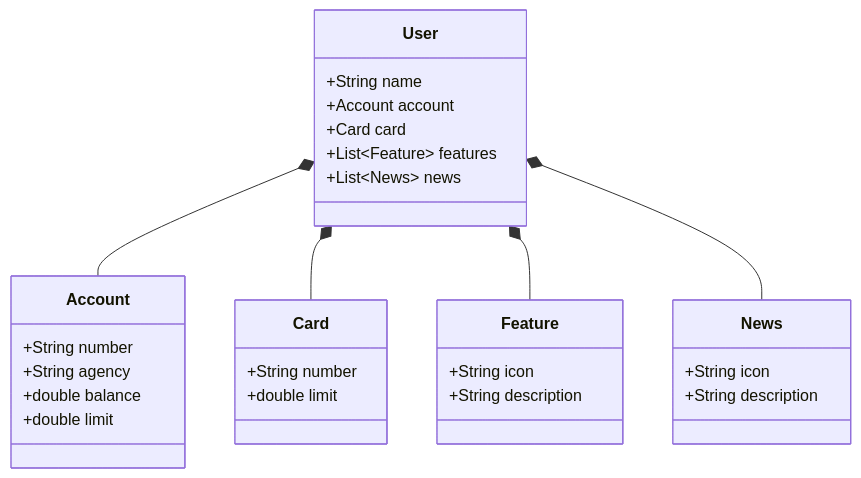
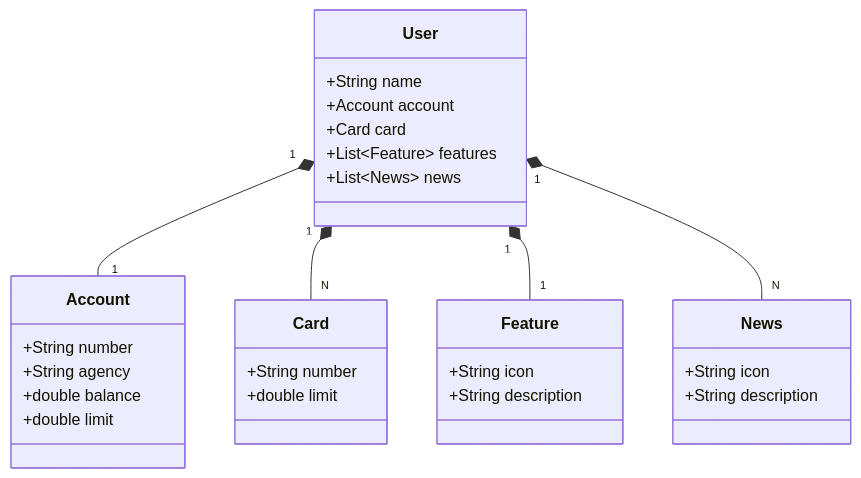
The diagram in README.md (avitorvilela/application), drawn with Mermaid before and after one commit.

````diff
--- a/README.md
+++ b/README.md
@@ -6,37 +6,37 @@
 ```mermaid
 classDiagram
     class User {
         +String name
         +Account account
         +Card card
         +List~Feature~ features
         +List~News~ news
     }
 
     class Account {
         +String number
         +String agency
         +double balance
         +double limit
     }
 
     class Card {
         +String number
         +double limit
     }
 
     class Feature {
         +String icon
         +String description
     }
 
     class News {
         +String icon
         +String description
     }
 
-    User *-- Account
-    User *-- Card
-    User *-- Feature
-    User *-- News
+    User "1" *-- "1" Account
+    User "1" *-- "N" Card
+    User "1" *-- "1" Feature
+    User "1" *-- "N" News
 ```
````
